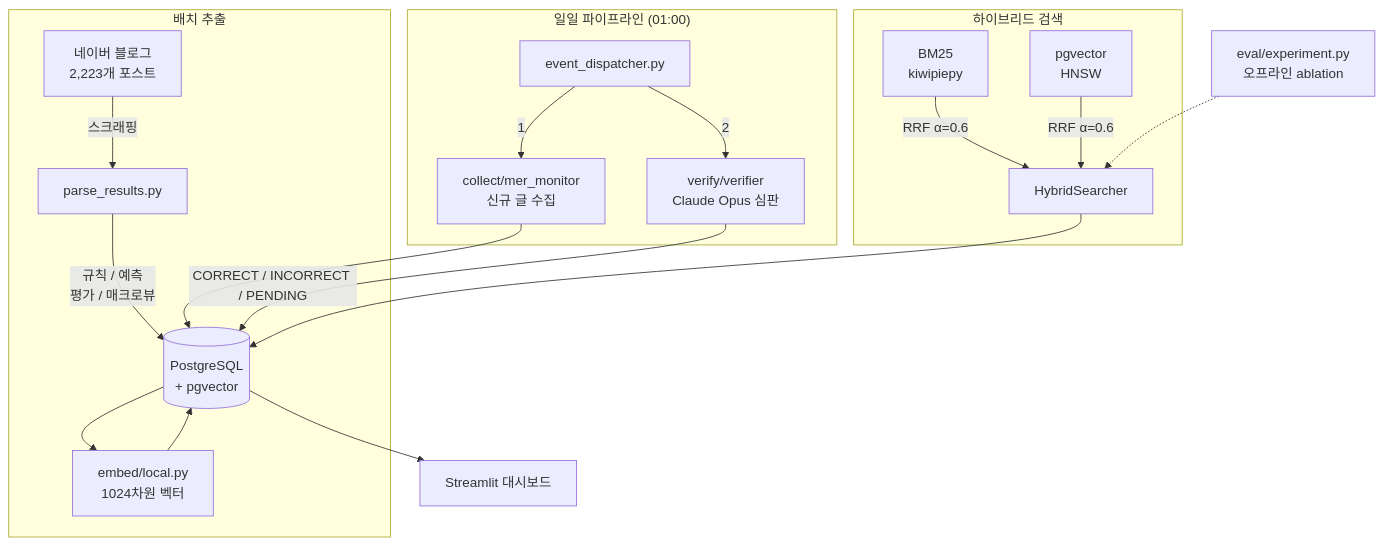
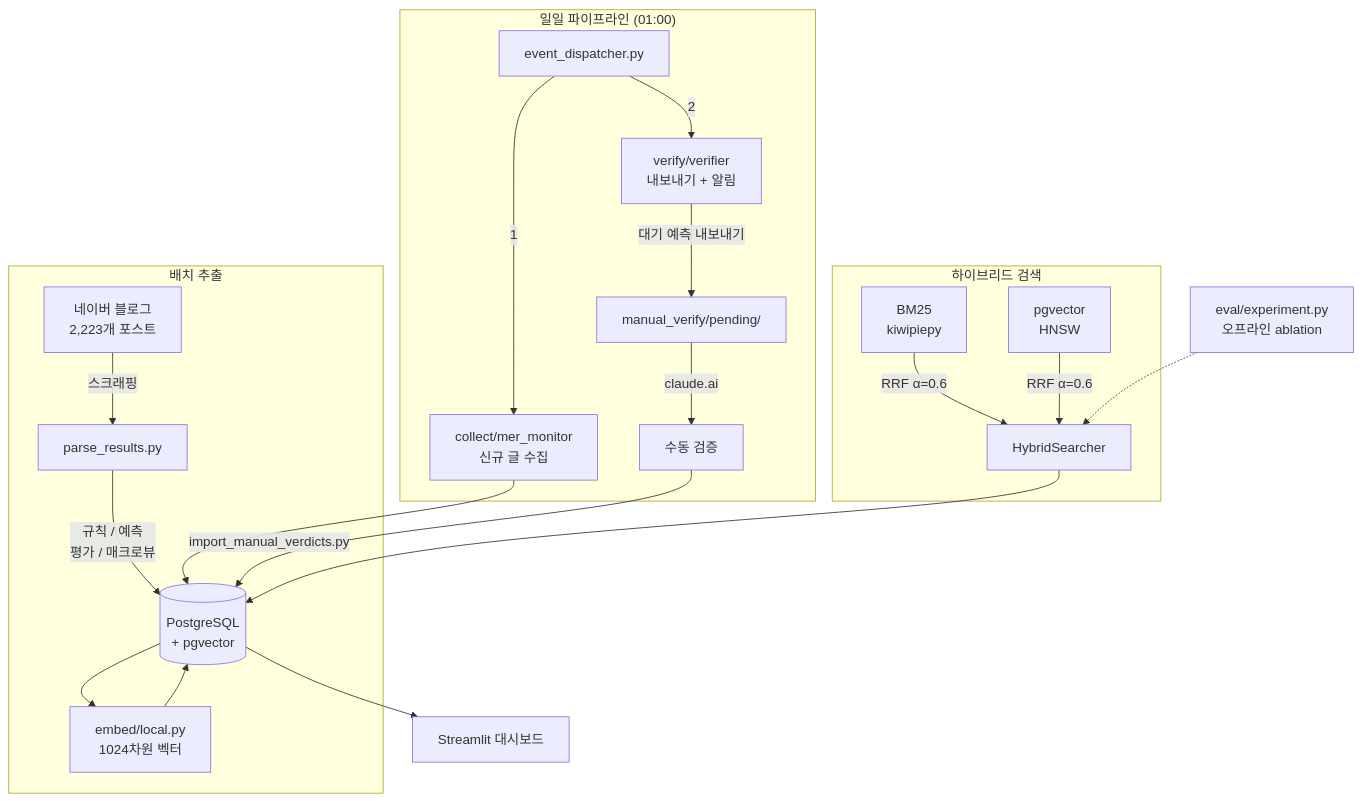
One commit to 11e3/mer-insight-pipeline changed the diagram in README_KR.md. Above: the diagram before and after it, drawn with Mermaid. The commit also changed other lines of this file and 1 other file, not shown here.

First line of the commit message:
docs: update README_KR with manual verification workflow + experiment results

````diff
--- a/README_KR.md
+++ b/README_KR.md
@@ -13,26 +13,28 @@
 ```mermaid
 flowchart TD
     subgraph 배치 추출
         A[네이버 블로그<br>2,223개 포스트] -->|스크래핑| B[parse_results.py]
         B -->|규칙 / 예측<br>평가 / 매크로뷰| C[(PostgreSQL<br>+ pgvector)]
         C --> EMB[embed/local.py<br>1024차원 벡터]
         EMB --> C
     end
 
     subgraph "일일 파이프라인 (01:00)"
         ED[event_dispatcher.py] -->|1| MER[collect/mer_monitor<br>신규 글 수집]
-        ED -->|2| PV[verify/verifier<br>Claude Opus 심판]
+        ED -->|2| PV[verify/verifier<br>내보내기 + 알림]
         MER --> C
-        PV -->|CORRECT / INCORRECT / PENDING| C
+        PV -->|대기 예측 내보내기| EX[manual_verify/pending/]
+        EX -->|claude.ai| MAN[수동 검증]
+        MAN -->|import_manual_verdicts.py| C
     end
 
     subgraph 하이브리드 검색
         HS1[BM25<br>kiwipiepy] & HS2[pgvector<br>HNSW] -->|RRF α=0.6| HS3[HybridSearcher]
     end
 
     HS3 --> C
 
     C --> Q[Streamlit 대시보드]
 
     EV[eval/experiment.py<br>오프라인 ablation] -.-> HS3
 ```
````
